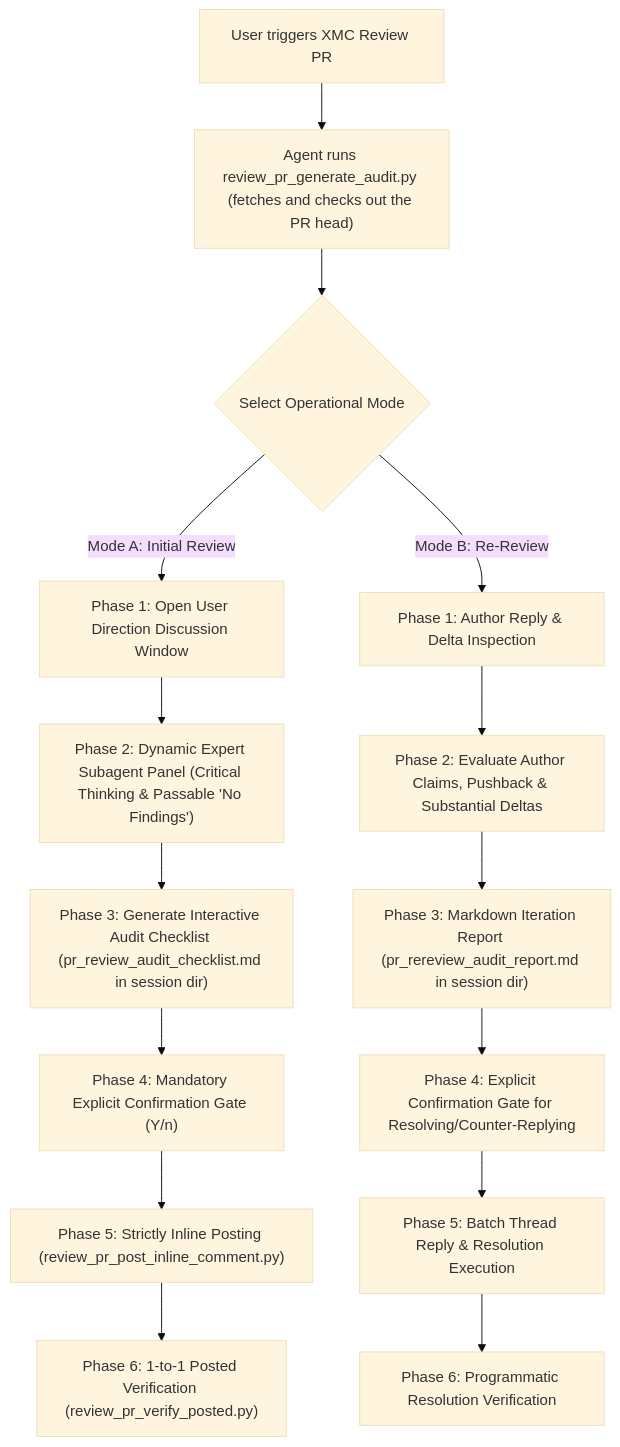
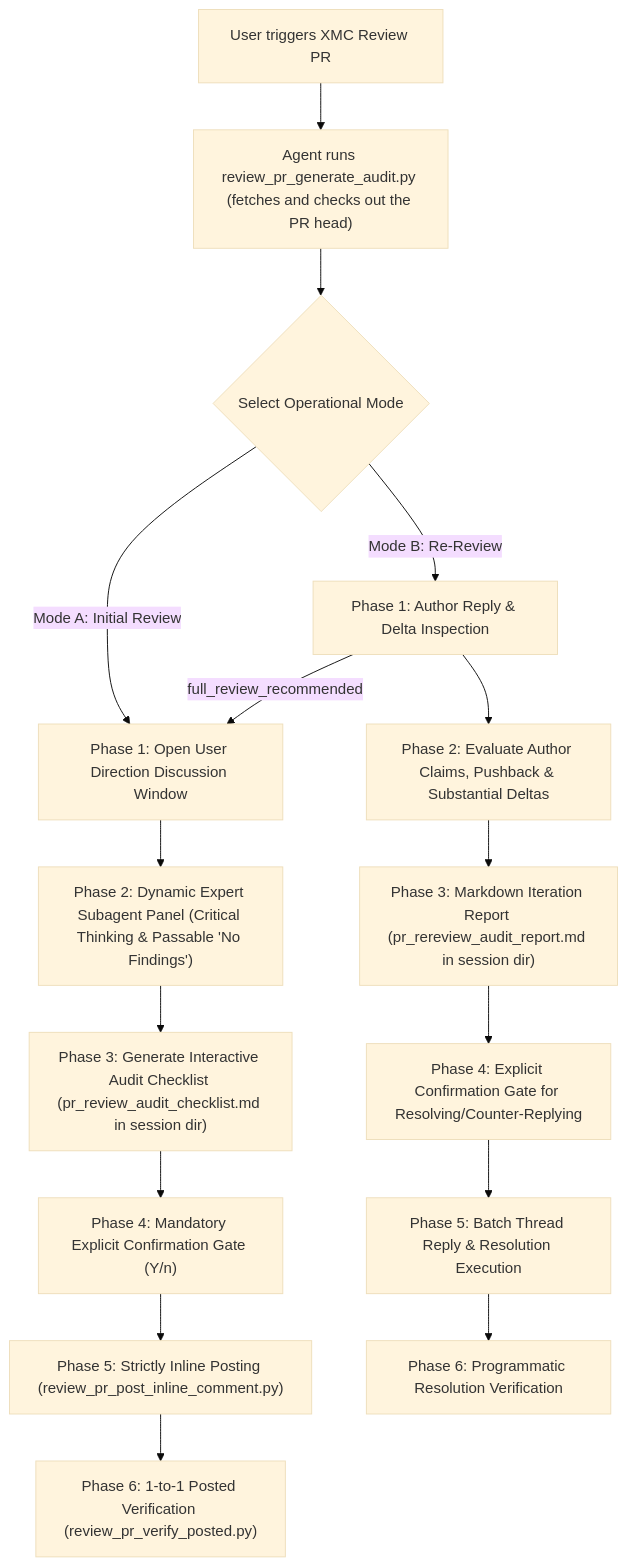
Before and after one commit to google/xmc: the diagram in .agents/skills/xmc_review_pr/SKILL.md, drawn with Mermaid (base theme). The commit also changed other lines of this file and 4 other files, not shown here.

````diff
--- a/.agents/skills/xmc_review_pr/SKILL.md
+++ b/.agents/skills/xmc_review_pr/SKILL.md
@@ -17,18 +17,19 @@
 ```mermaid
 graph TD
     A["User triggers XMC Review PR"] --> B["Agent runs review_pr_generate_audit.py (fetches and checks out the PR head)"]
     B --> C{"Select Operational Mode"}
     C -->|"Mode A: Initial Review"| D["Phase 1: Open User Direction Discussion Window"]
     D --> E["Phase 2: Dynamic Expert Subagent Panel (Critical Thinking & Passable 'No Findings')"]
     E --> F["Phase 3: Generate Interactive Audit Checklist (pr_review_audit_checklist.md in session dir)"]
     F --> G["Phase 4: Mandatory Explicit Confirmation Gate (Y/n)"]
     G --> H["Phase 5: Strictly Inline Posting (review_pr_post_inline_comment.py)"]
     H --> I["Phase 6: 1-to-1 Posted Verification (review_pr_verify_posted.py)"]
 
     C -->|"Mode B: Re-Review"| J["Phase 1: Author Reply & Delta Inspection"]
+    J -->|"full_review_recommended"| D
     J --> K["Phase 2: Evaluate Author Claims, Pushback & Substantial Deltas"]
     K --> L["Phase 3: Markdown Iteration Report (pr_rereview_audit_report.md in session dir)"]
     L --> M["Phase 4: Explicit Confirmation Gate for Resolving/Counter-Replying"]
     M --> N["Phase 5: Batch Thread Reply & Resolution Execution"]
     N --> O["Phase 6: Programmatic Resolution Verification"]
 ```
````
